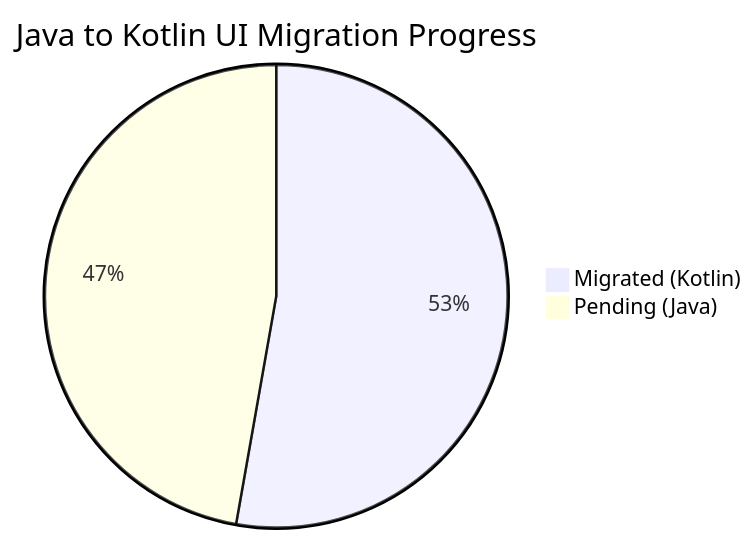
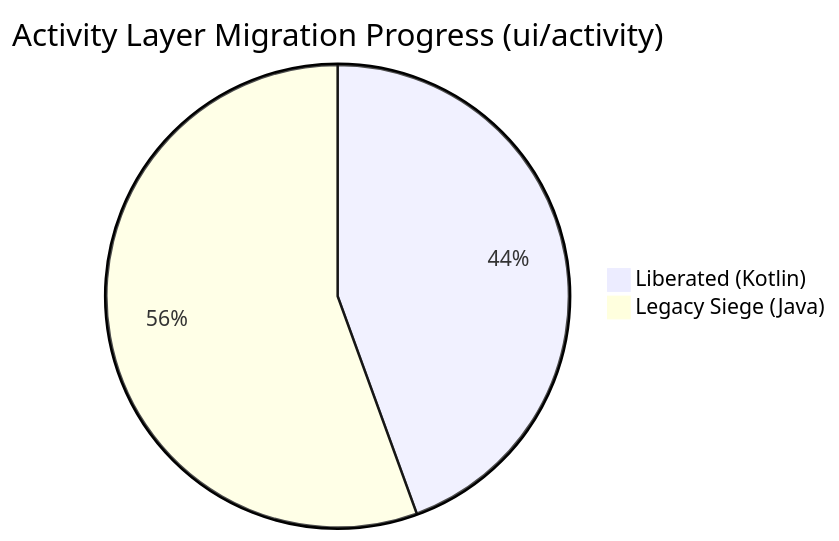
One commit to solomonrajan/cashledger changed the second of 2 diagrams in README.md. Above: the diagram before and after it, drawn with Mermaid. The commit also changed other lines of this file and 2 other files, not shown here.

First line of the commit message:
docs: update README tech stack and synchronize Kotlin migration report

````diff
--- a/README.md
+++ b/README.md
@@ -158,5 +161,5 @@
 ```mermaid
-pie title Java to Kotlin UI Migration Progress
-    "Migrated (Kotlin)" : 19
-    "Pending (Java)" : 17
+pie title Activity Layer Migration Progress (ui/activity)
+    "Liberated (Kotlin)" : 24
+    "Legacy Siege (Java)" : 30
 ```
````
